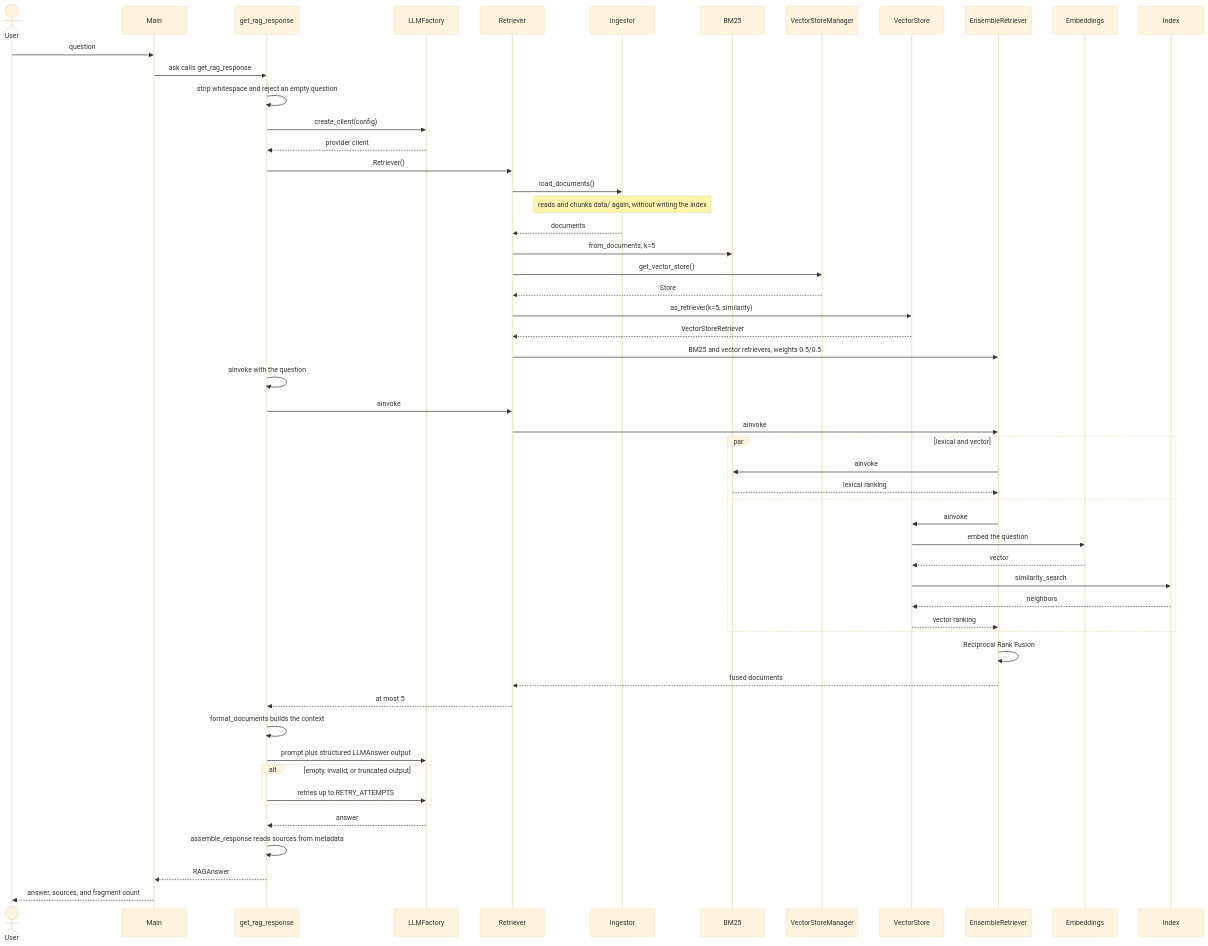
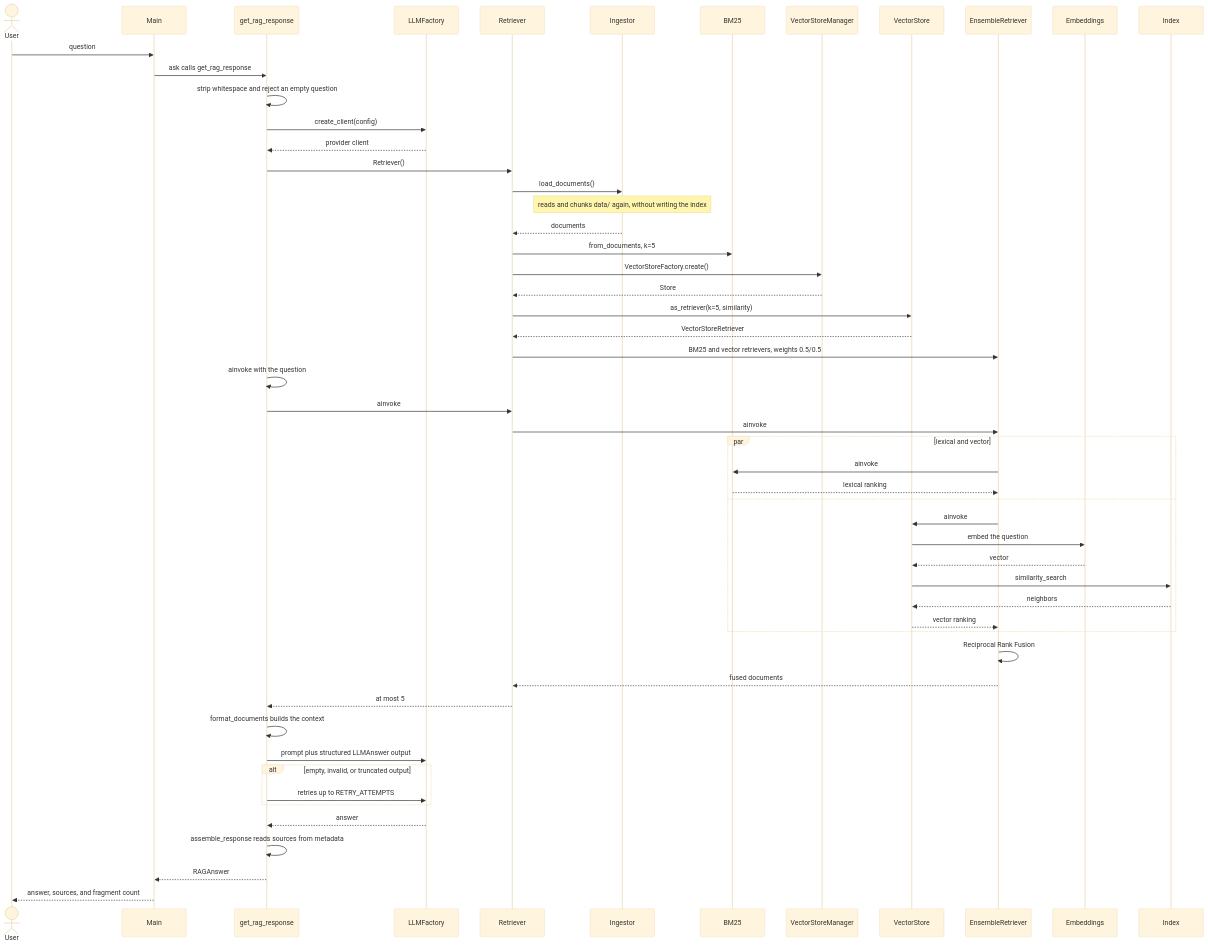
Before and after one commit to zmaximo1990/AI-Engineering-Delivery-4: the diagram in diagrams/ask.mermaid, drawn with Mermaid (base theme). The commit also changed 6 other files, not shown here.

Commit message:
Move 'get_vector_store' to a factory

```diff
--- a/diagrams/ask.mermaid
+++ b/diagrams/ask.mermaid
@@ -1,60 +1,60 @@
 sequenceDiagram
     actor User
     participant Main
     participant Chain as get_rag_response
     participant LLM as LLMFactory
     participant Retriever
     participant Ingestor
     participant BM25
     participant VectorStoreManager
     participant VectorStore
     participant Ensemble as EnsembleRetriever
     participant Embeddings
     participant Index
     participant LLM
 
     User->>Main: question
     Main->>Chain: ask calls get_rag_response
     Chain->>Chain: strip whitespace and reject an empty question
     Chain->>LLM: create_client(config)
     LLM-->>Chain: provider client
     Chain->>Retriever: Retriever()
     Retriever->>Ingestor: load_documents()
     Note over Ingestor: reads and chunks data/ again, without writing the index
     Ingestor-->>Retriever: documents
     Retriever->>BM25: from_documents, k=5
-    Retriever->>VectorStoreManager: get_vector_store()
+    Retriever->>VectorStoreManager: VectorStoreFactory.create()
     VectorStoreManager-->>Retriever: Store
     Retriever->>VectorStore: as_retriever(k=5, similarity)
     VectorStore-->>Retriever: VectorStoreRetriever
     Retriever->>Ensemble: BM25 and vector retrievers, weights 0.5/0.5
 
     Chain->>Chain: ainvoke with the question
     Chain->>Retriever: ainvoke
     Retriever->>Ensemble: ainvoke
     par lexical and vector
         Ensemble->>BM25: ainvoke
         BM25-->>Ensemble: lexical ranking
     and
         Ensemble->>VectorStore: ainvoke
         VectorStore->>Embeddings: embed the question
         Embeddings-->>VectorStore: vector
         VectorStore->>Index: similarity_search
         Index-->>VectorStore: neighbors
         VectorStore-->>Ensemble: vector ranking
     end
     Ensemble->>Ensemble: Reciprocal Rank Fusion
     Ensemble-->>Retriever: fused documents
     Retriever-->>Chain: at most 5
 
     Chain->>Chain: format_documents builds the context
     Chain->>LLM: prompt plus structured LLMAnswer output
 
     alt empty, invalid, or truncated output
         Chain->>LLM: retries up to RETRY_ATTEMPTS
     end
 
     LLM-->>Chain: answer
     Chain->>Chain: assemble_response reads sources from metadata
     Chain-->>Main: RAGAnswer
     Main-->>User: answer, sources, and fragment count
```
